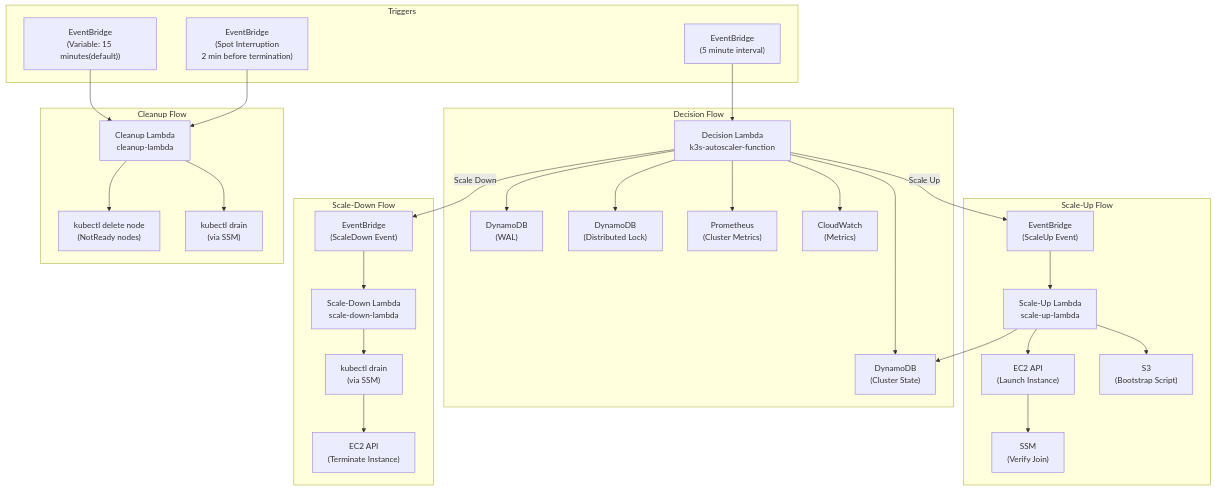
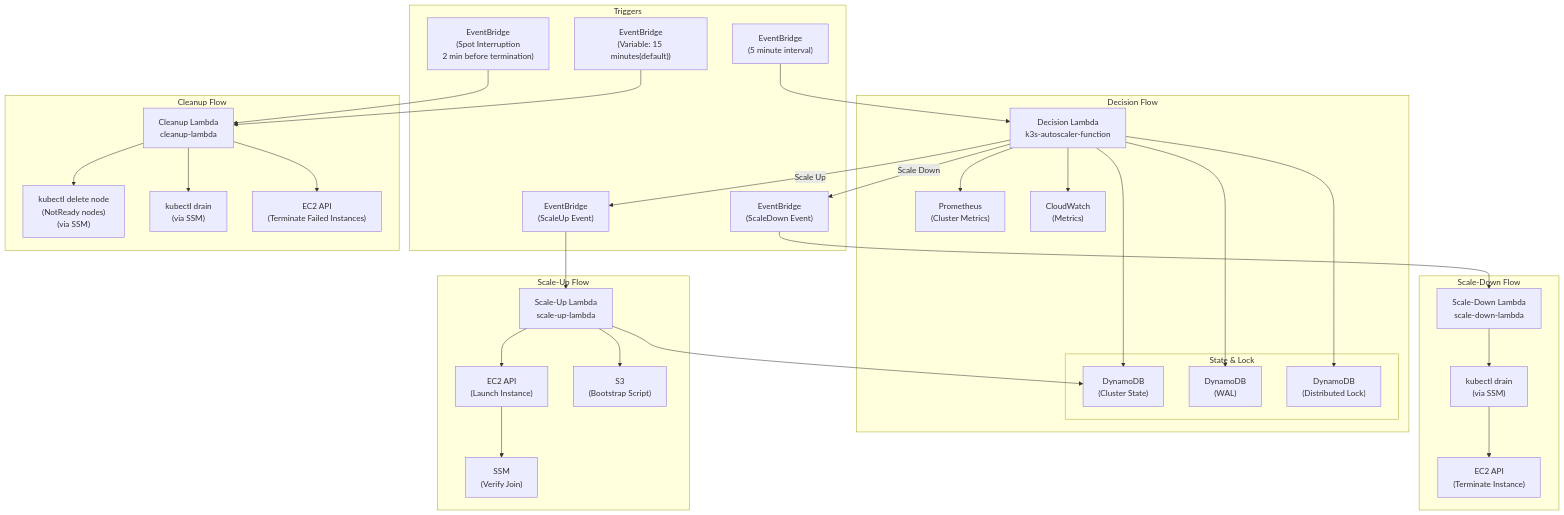
One commit to kaziiriad/elastikube changed the third of 5 diagrams in README.md. Above: the diagram before and after it, drawn with Mermaid. The commit also changed other lines of this file and 7 other files, not shown here.

````diff
--- a/README.md
+++ b/README.md
@@ -214,73 +224,76 @@
 ```mermaid
 flowchart TD
     subgraph "Triggers"
         EB1["EventBridge<br/>(5 minute interval)"]
+        EBSD["EventBridge<br/>(ScaleDown Event)"]
         EB2["EventBridge<br/>(Variable: 15 minutes(default))"]
+        EBSU["EventBridge<br/>(ScaleUp Event)"]
         EBSpot["EventBridge<br/>(Spot Interruption<br/>2 min before termination)"]
     end
 
     subgraph "Decision Flow"
         Decision["Decision Lambda<br/>k3s-autoscaler-function"]
-        State1["DynamoDB<br/>(Cluster State)"]
-        WAL["DynamoDB<br/>(WAL)"]
-        Lock["DynamoDB<br/>(Distributed Lock)"]
+        subgraph "State & Lock"
+            State1["DynamoDB<br/>(Cluster State)"]
+            WAL["DynamoDB<br/>(WAL)"]
+            Lock["DynamoDB<br/>(Distributed Lock)"]
+        end
         Prom["Prometheus<br/>(Cluster Metrics)"]
         CW["CloudWatch<br/>(Metrics)"]
     end
 
     subgraph "Scale-Up Flow"
-        EBSU["EventBridge<br/>(ScaleUp Event)"]
         ScaleUp["Scale-Up Lambda<br/>scale-up-lambda"]
         EC2Up["EC2 API<br/>(Launch Instance)"]
         SSM1["SSM<br/>(Verify Join)"]
         S3["S3<br/>(Bootstrap Script)"]
     end
 
     subgraph "Scale-Down Flow"
-        EBSD["EventBridge<br/>(ScaleDown Event)"]
         ScaleDown["Scale-Down Lambda<br/>scale-down-lambda"]
         Drain["kubectl drain<br/>(via SSM)"]
         EC2Down["EC2 API<br/>(Terminate Instance)"]
     end
 
     subgraph "Cleanup Flow"
         Cleanup["Cleanup Lambda<br/>cleanup-lambda"]
-        K8sClean["kubectl delete node<br/>(NotReady nodes)"]
+        K8sClean["kubectl delete node<br/>(NotReady nodes)</br>(via SSM)"]
         SpotDrain["kubectl drain<br/>(via SSM)"]
+        OrphanedEC2["EC2 API<br/>(Terminate Failed Instances)"]
     end
 
     %% Decision Lambda Flow
     EB1 --> Decision
     Decision --> State1
     Decision --> WAL
     Decision --> Lock
     Decision --> Prom
     Decision --> CW
     Decision -->|"Scale Up"| EBSU
     Decision -->|"Scale Down"| EBSD
 
     %% Scale-Up Flow
     EBSU --> ScaleUp
     ScaleUp --> S3
     ScaleUp --> State1
     ScaleUp --> EC2Up
     EC2Up --> SSM1
 
     %% Scale-Down Flow
     EBSD --> ScaleDown
     ScaleDown --> Drain
     Drain --> EC2Down
 
     %% Cleanup Flow
     EB2 --> Cleanup
     EBSpot --> Cleanup
-    Cleanup --> K8sClean
+    Cleanup --> OrphanedEC2
     Cleanup --> SpotDrain
+    Cleanup --> K8sClean 
 
     %% Styling
-
     class EB1,EBSU,EBSD,EB2,EBSpot trigger
     class Decision,ScaleUp,ScaleDown,Cleanup lambda
     class EC2Up,EC2Down,SSM1,Drain,S3,CW,K8sClean,SpotDrain aws
     class State1,WAL,Lock db
 ```
````
